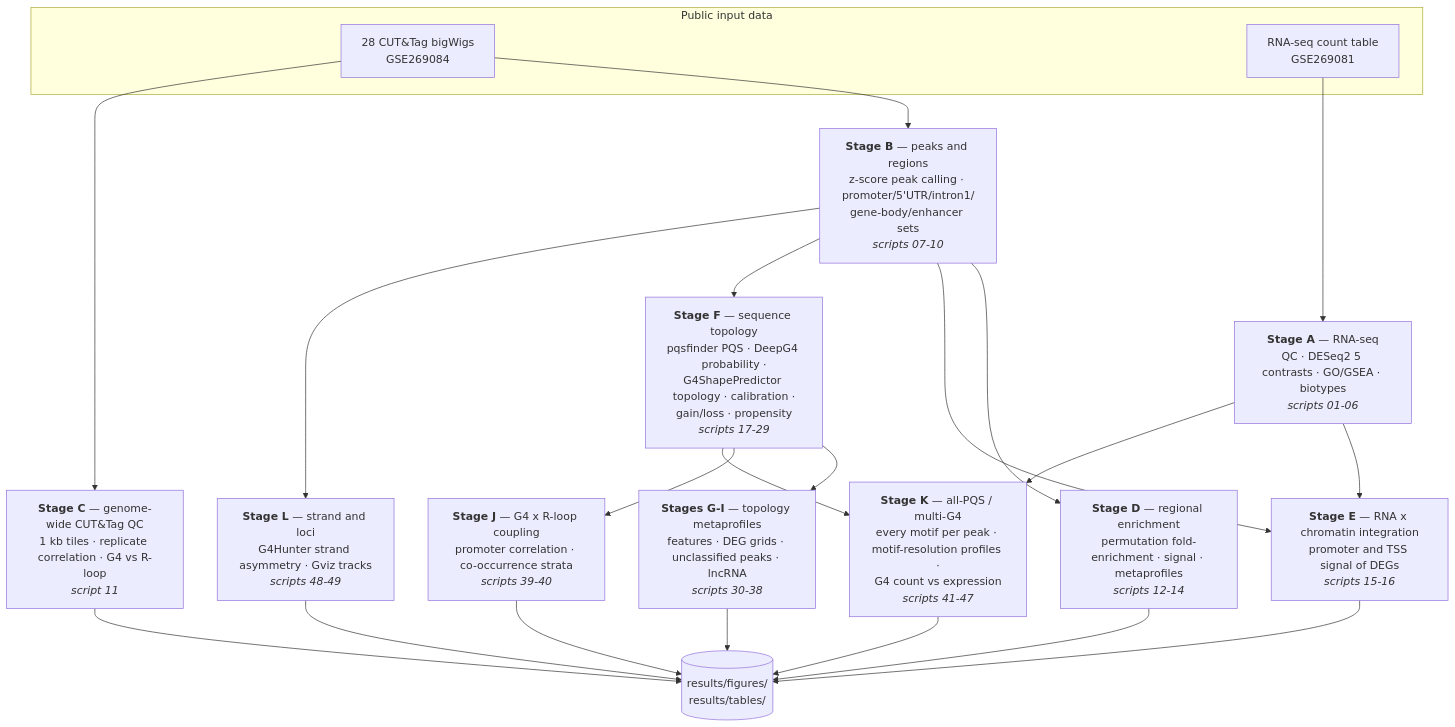
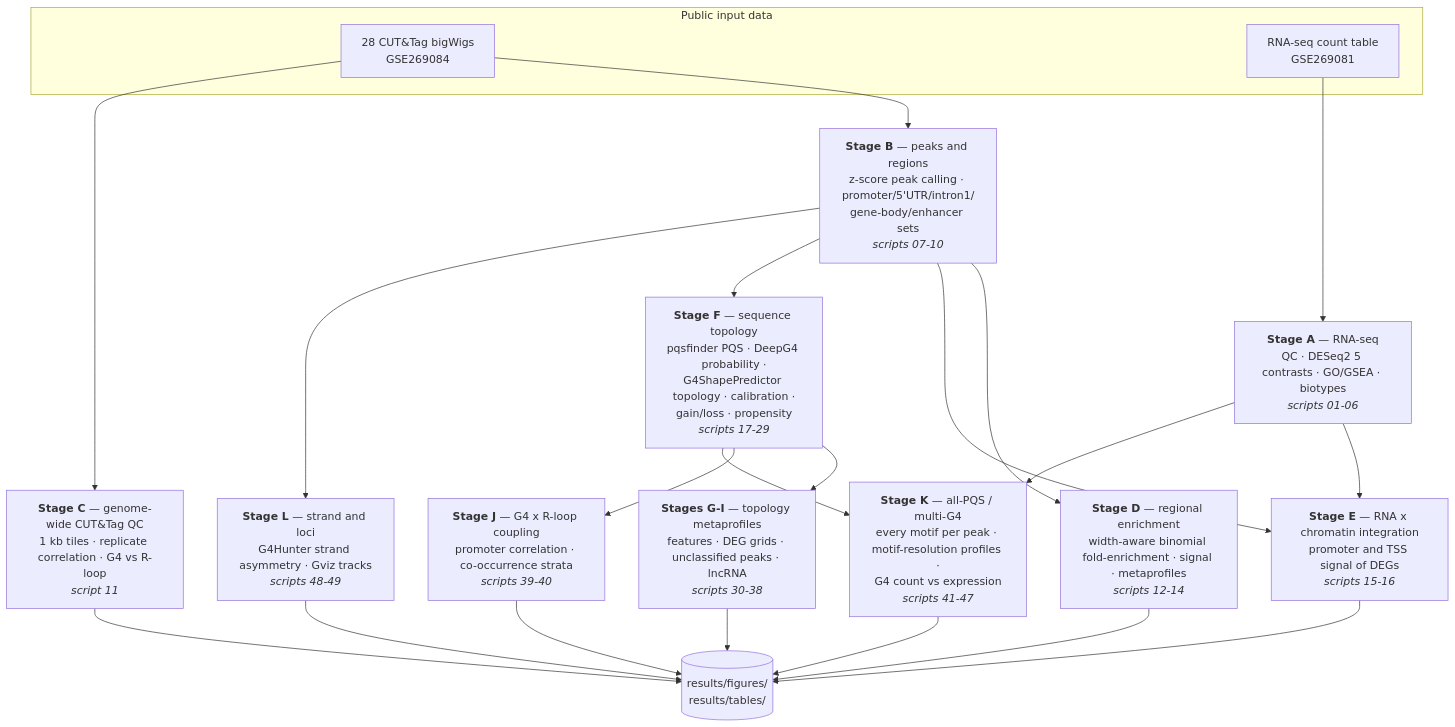
The diagram in README.md (DJ-Goodall/G4_Promoter_Pipeline), drawn with Mermaid before and after one commit. The commit also changed other lines of this file and 39 other files, not shown here.

````diff
--- a/README.md
+++ b/README.md
@@ -118,30 +121,30 @@
 ```mermaid
 flowchart TD
     subgraph inputs["Public input data"]
         BW["28 CUT&Tag bigWigs<br/>GSE269084"]
         CT["RNA-seq count table<br/>GSE269081"]
     end
 
     CT --> A["<b>Stage A</b> — RNA-seq<br/>QC · DESeq2 5 contrasts · GO/GSEA · biotypes<br/><i>scripts 01-06</i>"]
     BW --> B["<b>Stage B</b> — peaks and regions<br/>z-score peak calling · promoter/5'UTR/intron1/<br/>gene-body/enhancer sets<br/><i>scripts 07-10</i>"]
     BW --> C["<b>Stage C</b> — genome-wide CUT&Tag QC<br/>1 kb tiles · replicate correlation · G4 vs R-loop<br/><i>script 11</i>"]
 
-    B --> D["<b>Stage D</b> — regional enrichment<br/>permutation fold-enrichment · signal · metaprofiles<br/><i>scripts 12-14</i>"]
+    B --> D["<b>Stage D</b> — regional enrichment<br/>width-aware binomial fold-enrichment · signal · metaprofiles<br/><i>scripts 12-14</i>"]
     A --> E["<b>Stage E</b> — RNA x chromatin integration<br/>promoter and TSS signal of DEGs<br/><i>scripts 15-16</i>"]
     B --> E
 
     B --> F["<b>Stage F</b> — sequence topology<br/>pqsfinder PQS · DeepG4 probability ·<br/>G4ShapePredictor topology · calibration ·<br/>gain/loss · propensity<br/><i>scripts 17-29</i>"]
     F --> G["<b>Stages G-I</b> — topology metaprofiles<br/>features · DEG grids · unclassified peaks · lncRNA<br/><i>scripts 30-38</i>"]
     F --> J["<b>Stage J</b> — G4 x R-loop coupling<br/>promoter correlation · co-occurrence strata<br/><i>scripts 39-40</i>"]
     F --> K["<b>Stage K</b> — all-PQS / multi-G4<br/>every motif per peak · motif-resolution profiles ·<br/>G4 count vs expression<br/><i>scripts 41-47</i>"]
     B --> L["<b>Stage L</b> — strand and loci<br/>G4Hunter strand asymmetry · Gviz tracks<br/><i>scripts 48-49</i>"]
     A --> K
 
     D --> OUT[("results/figures/<br/>results/tables/")]
     C --> OUT
     E --> OUT
     G --> OUT
     J --> OUT
     K --> OUT
     L --> OUT
 ```
````
